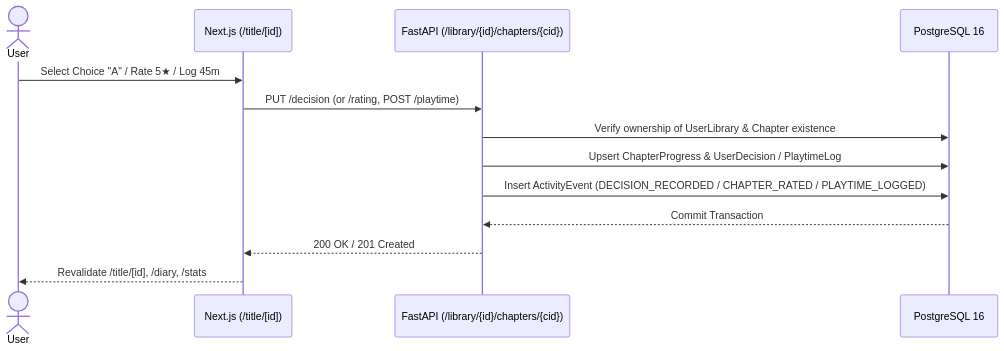
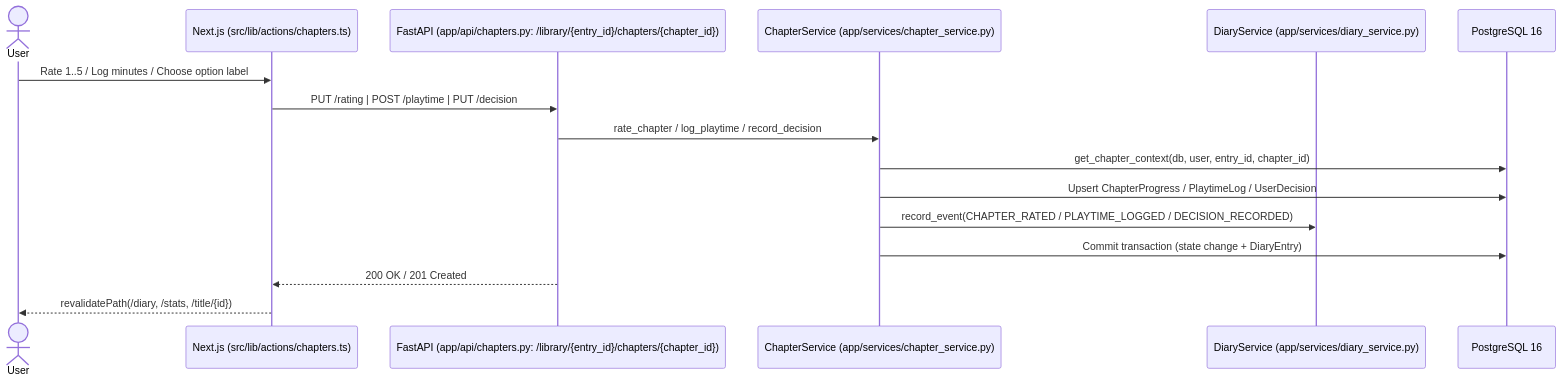
Before and after one commit to metezd/OmniLog: the second of 3 diagrams in docs/design/sequence/sequence-diagrams.md, drawn with Mermaid. The commit also changed other lines of this file and 60 other files, not shown here.

Commit message:
docs(design): align architecture, class and sequence diagrams with codebase and add NFR mapping

````diff
--- a/docs/design/sequence/sequence-diagrams.md
+++ b/docs/design/sequence/sequence-diagrams.md
@@ -35,16 +59,19 @@
 ```mermaid
 sequenceDiagram
   actor User
-  participant Next as Next.js (/title/[id])
-  participant API as FastAPI (/library/{id}/chapters/{cid})
+  participant Next as Next.js (src/lib/actions/chapters.ts)
+  participant API as FastAPI (app/api/chapters.py: /library/{entry_id}/chapters/{chapter_id})
+  participant SVC as ChapterService (app/services/chapter_service.py)
+  participant DIA as DiaryService (app/services/diary_service.py)
   participant DB as PostgreSQL 16
 
-  User->>Next: Select Choice "A" / Rate 5★ / Log 45m
-  Next->>API: PUT /decision (or /rating, POST /playtime)
-  API->>DB: Verify ownership of UserLibrary & Chapter existence
-  API->>DB: Upsert ChapterProgress & UserDecision / PlaytimeLog
-  API->>DB: Insert ActivityEvent (DECISION_RECORDED / CHAPTER_RATED / PLAYTIME_LOGGED)
-  DB-->>API: Commit Transaction
+  User->>Next: Rate 1..5 / Log minutes / Choose option label
+  Next->>API: PUT /rating | POST /playtime | PUT /decision
+  API->>SVC: rate_chapter / log_playtime / record_decision
+  SVC->>DB: get_chapter_context(db, user, entry_id, chapter_id)
+  SVC->>DB: Upsert ChapterProgress / PlaytimeLog / UserDecision
+  SVC->>DIA: record_event(CHAPTER_RATED / PLAYTIME_LOGGED / DECISION_RECORDED)
+  SVC->>DB: Commit transaction (state change + DiaryEntry)
   API-->>Next: 200 OK / 201 Created
-  Next-->>User: Revalidate /title/[id], /diary, /stats
+  Next-->>User: revalidatePath(/diary, /stats, /title/{id})
 ```
````
